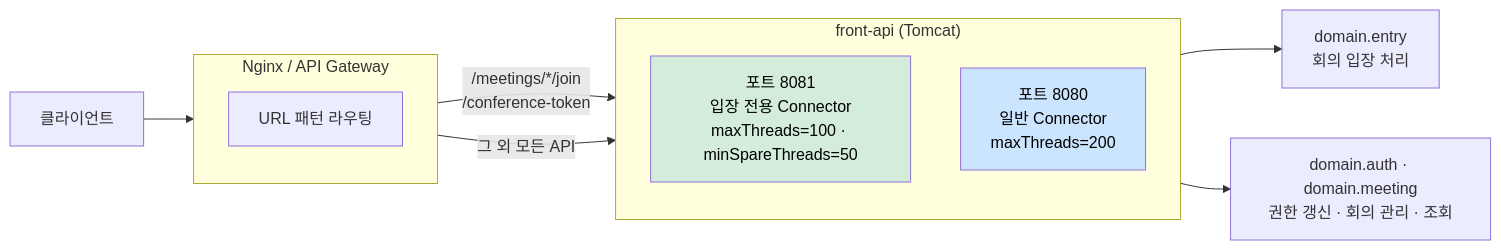
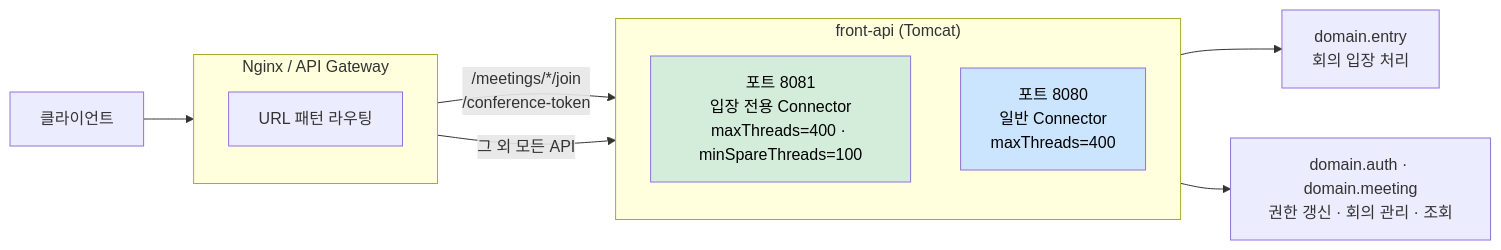
One commit to sujinnkim/A_Personal changed diagram 13 of 40 in report/3/3.2-아키텍처문제분석및설계전략.md. Above: the diagram before and after it, drawn with Mermaid. The commit also changed other lines of this file and 30 other files, not shown here.

````diff
--- a/report/3/3.2-아키텍처문제분석및설계전략.md
+++ b/report/3/3.2-아키텍처문제분석및설계전략.md
@@ -427,26 +427,26 @@
 ```mermaid
 flowchart LR
     CLIENT["클라이언트"]
 
     subgraph NGINX["Nginx / API Gateway"]
         ROUTE["URL 패턴 라우팅"]
     end
 
     subgraph TOMCAT["front-api (Tomcat)"]
         direction TB
-        C8081["포트 8081\n입장 전용 Connector\nmaxThreads=100 · minSpareThreads=50"]
-        C8080["포트 8080\n일반 Connector\nmaxThreads=200"]
+        C8081["포트 8081\n입장 전용 Connector\nmaxThreads=400 · minSpareThreads=100"]
+        C8080["포트 8080\n일반 Connector\nmaxThreads=400"]
     end
 
     ENTRY["domain.entry\n회의 입장 처리"]
     OTHER["domain.auth · domain.meeting\n권한 갱신 · 회의 관리 · 조회"]
 
     CLIENT --> NGINX
     NGINX -->|"/meetings/*/join\n/conference-token"| C8081
     NGINX -->|"그 외 모든 API"| C8080
     C8081 --> ENTRY
     C8080 --> OTHER
 
     style C8081 fill:#d4edda,color:#000
     style C8080 fill:#cce5ff,color:#000
 ```
````
